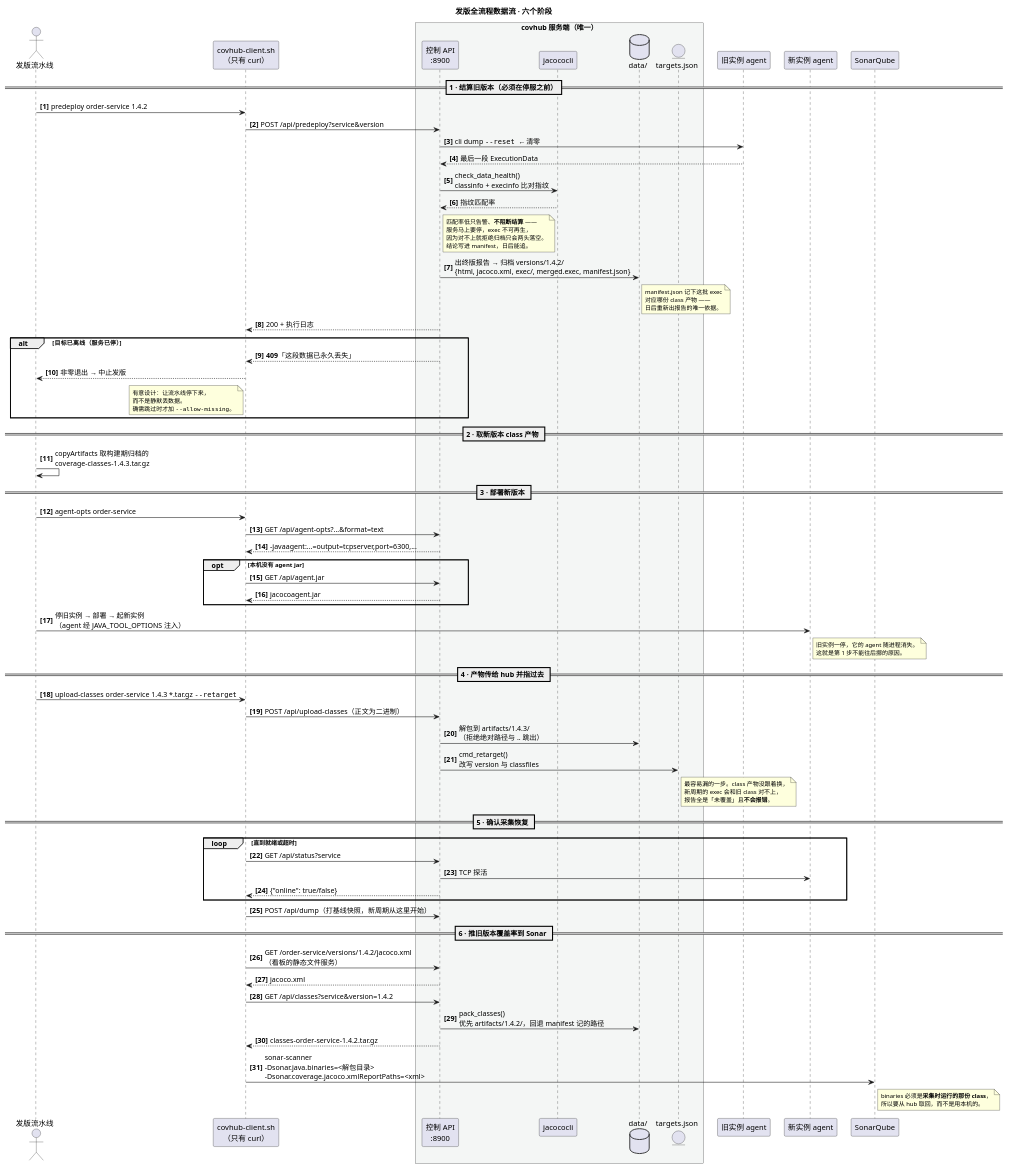
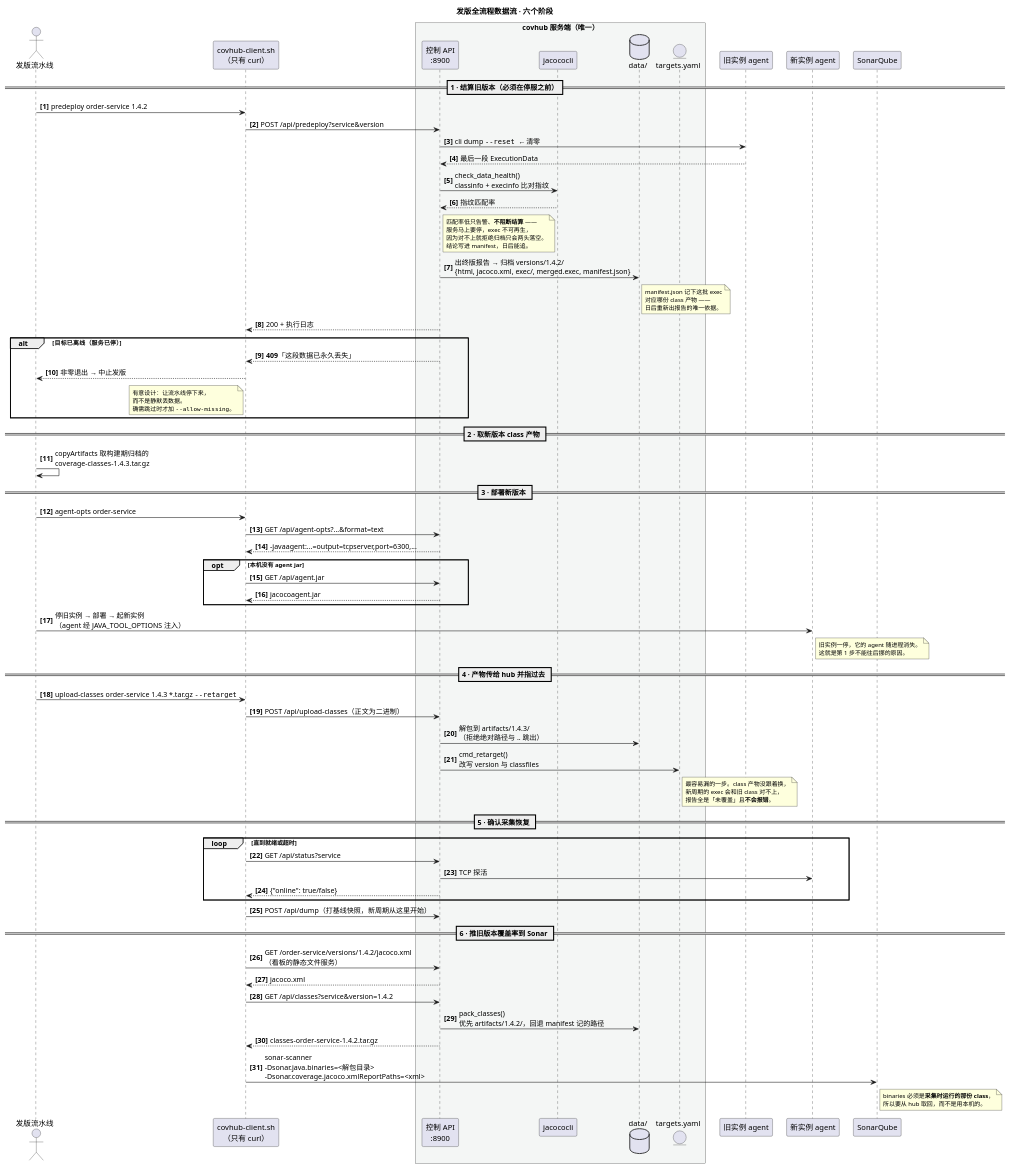
Before and after one commit to SoperRookie/coverage-hub: the diagram in docs/diagrams/03-release.puml, drawn with PlantUML. The commit also changed 12 other files, not shown here.

```diff
--- a/docs/diagrams/03-release.puml
+++ b/docs/diagrams/03-release.puml
@@ -1,107 +1,107 @@
 @startuml 03-release
 ' coverage-hub —— 发版全流程数据流
 ' 对应 integration/covhub-client.sh 与 integration/jenkins/Jenkinsfile.deploy 的六个阶段。
 ' 顺序是这套方案的核心，不能调整：第 1 步必须在停服之前。
 
 title 发版全流程数据流 · 六个阶段
 
 skinparam shadowing false
 skinparam ParticipantPadding 8
 skinparam BoxPadding 12
 skinparam NoteFontSize 11
 skinparam SequenceGroupBodyBackgroundColor transparent
 autonumber "<b>[0]"
 
 actor "发版流水线" as J
 participant "covhub-client.sh\n（只有 curl）" as C
 
 box "covhub 服务端（唯一）" #F4F6F5
   participant "控制 API\n:8900" as API
   participant "jacococli" as CLI
   database "data/" as D
-  entity "targets.json" as CFG
+  entity "targets.yaml" as CFG
 end box
 
 participant "旧实例 agent" as OLD
 participant "新实例 agent" as NEW
 participant "SonarQube" as SONAR
 
 == 1 · 结算旧版本（必须在停服之前）==
 J -> C : predeploy order-service 1.4.2
 C -> API : POST /api/predeploy?service&version
 API -> OLD : cli dump ""--reset""  ← 清零
 OLD --> API : 最后一段 ExecutionData
 API -> CLI : check_data_health()\nclassinfo + execinfo 比对指纹
 CLI --> API : 指纹匹配率
 note right of API
   匹配率低只告警、**不阻断结算** ——
   服务马上要停，exec 不可再生，
   因为对不上就拒绝归档只会两头落空。
   结论写进 manifest，日后能追。
 end note
 API -> D : 出终版报告 → 归档 versions/1.4.2/\n{html, jacoco.xml, exec/, merged.exec, manifest.json}
 note right of D
   manifest.json 记下这批 exec
   对应哪份 class 产物 ——
   日后重新出报告的唯一依据。
 end note
 API --> C : 200 + 执行日志
 alt 目标已离线（服务已停）
   API --> C : **409**「这段数据已永久丢失」
   C --> J : 非零退出 → 中止发版
   note left of C
     有意设计：让流水线停下来，
     而不是静默丢数据。
     确需跳过时才加 ""--allow-missing""。
   end note
 end
 
 == 2 · 取新版本 class 产物 ==
 J -> J : copyArtifacts 取构建期归档的\ncoverage-classes-1.4.3.tar.gz
 
 == 3 · 部署新版本 ==
 J -> C : agent-opts order-service
 C -> API : GET /api/agent-opts?...&format=text
 API --> C : -javaagent:...=output=tcpserver,port=6300,...
 opt 本机没有 agent jar
   C -> API : GET /api/agent.jar
   API --> C : jacocoagent.jar
 end
 J -> NEW : 停旧实例 → 部署 → 起新实例\n（agent 经 JAVA_TOOL_OPTIONS 注入）
 note right of NEW
   旧实例一停，它的 agent 随进程消失。
   这就是第 1 步不能往后挪的原因。
 end note
 
 == 4 · 产物传给 hub 并指过去 ==
 J -> C : upload-classes order-service 1.4.3 *.tar.gz ""--retarget""
 C -> API : POST /api/upload-classes（正文为二进制）
 API -> D : 解包到 artifacts/1.4.3/\n（拒绝绝对路径与 .. 跳出）
 API -> CFG : cmd_retarget()\n改写 version 与 classfiles
 note right of CFG
   最容易漏的一步。class 产物没跟着换，
   新周期的 exec 会和旧 class 对不上，
   报告全是「未覆盖」且**不会报错**。
 end note
 
 == 5 · 确认采集恢复 ==
 loop 直到就绪或超时
   C -> API : GET /api/status?service
   API -> NEW : TCP 探活
   API --> C : {"online": true/false}
 end
 C -> API : POST /api/dump（打基线快照，新周期从这里开始）
 
 == 6 · 推旧版本覆盖率到 Sonar ==
 C -> API : GET /order-service/versions/1.4.2/jacoco.xml\n（看板的静态文件服务）
 API --> C : jacoco.xml
 C -> API : GET /api/classes?service&version=1.4.2
 API -> D : pack_classes()\n优先 artifacts/1.4.2/，回退 manifest 记的路径
 API --> C : classes-order-service-1.4.2.tar.gz
 C -> SONAR : sonar-scanner\n-Dsonar.java.binaries=<解包目录>\n-Dsonar.coverage.jacoco.xmlReportPaths=<xml>
 note right of SONAR
   binaries 必须是**采集时运行的那份 class**，
   所以要从 hub 取回，而不是用本机的。
 end note
 
 @enduml
```
